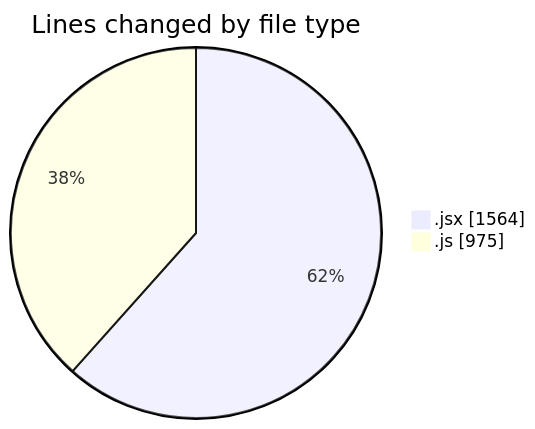
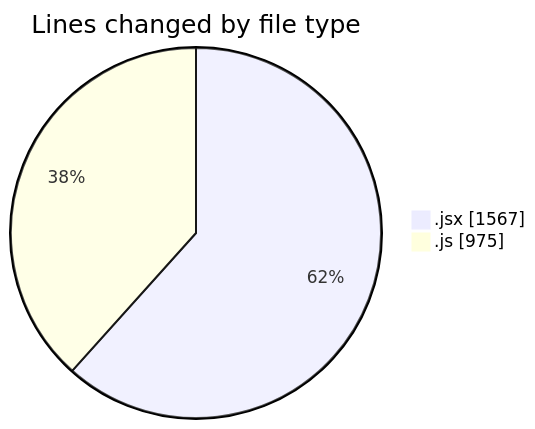
Before and after one commit to nxtqubesakshisongat/code-tracking: the first of 2 diagrams in 2025-11-06/nxtqube_webapp/README.md, drawn with Mermaid. The commit also changed other lines of this file and 1 other file, not shown here.

````diff
--- a/2025-11-06/nxtqube_webapp/README.md
+++ b/2025-11-06/nxtqube_webapp/README.md
@@ -26,6 +26,6 @@
 ```mermaid
 pie showData
 title Lines changed by file type
-".jsx" : 1564
+".jsx" : 1567
 ".js" : 975
 ```
````
